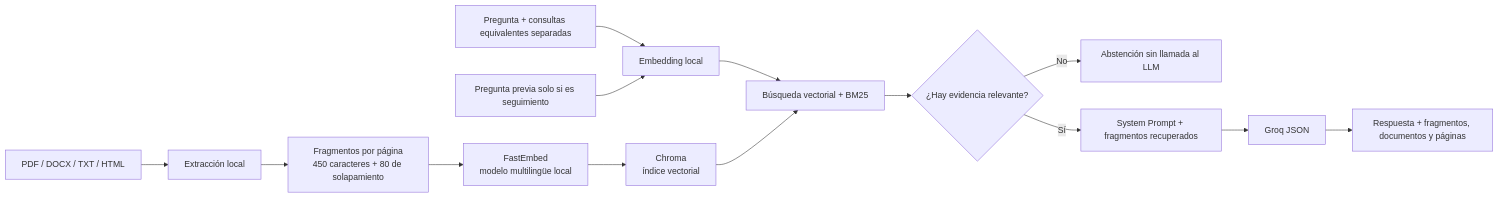
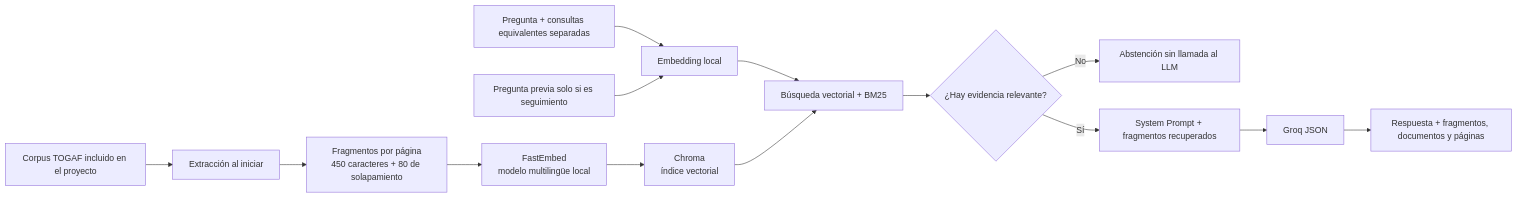
One commit to skallenfreck/TOGAF-Tutor changed the diagram in README.md. Above: the diagram before and after it, drawn with Mermaid. The commit also changed other lines of this file and 10 other files, not shown here.

Commit message:
Bundle authorized TOGAF corpus in tutor

````diff
--- a/README.md
+++ b/README.md
@@ -35,16 +35,16 @@
 ```mermaid
 flowchart LR
-    A[PDF / DOCX / TXT / HTML] --> B[Extracción local]
+    A[Corpus TOGAF incluido en el proyecto] --> B[Extracción al iniciar]
     B --> C[Fragmentos por página\n450 caracteres + 80 de solapamiento]
     C --> D[FastEmbed\nmodelo multilingüe local]
     D --> E[Chroma\níndice vectorial]
     F[Pregunta + consultas equivalentes separadas] --> G[Embedding local]
     X[Pregunta previa solo si es seguimiento] --> G
     G --> H[Búsqueda vectorial + BM25]
     E --> H
     H --> I{¿Hay evidencia relevante?}
     I -->|No| J[Abstención sin llamada al LLM]
     I -->|Sí| K[System Prompt + fragmentos recuperados]
     K --> L[Groq JSON]
     L --> M[Respuesta + fragmentos, documentos y páginas]
 ```
````
